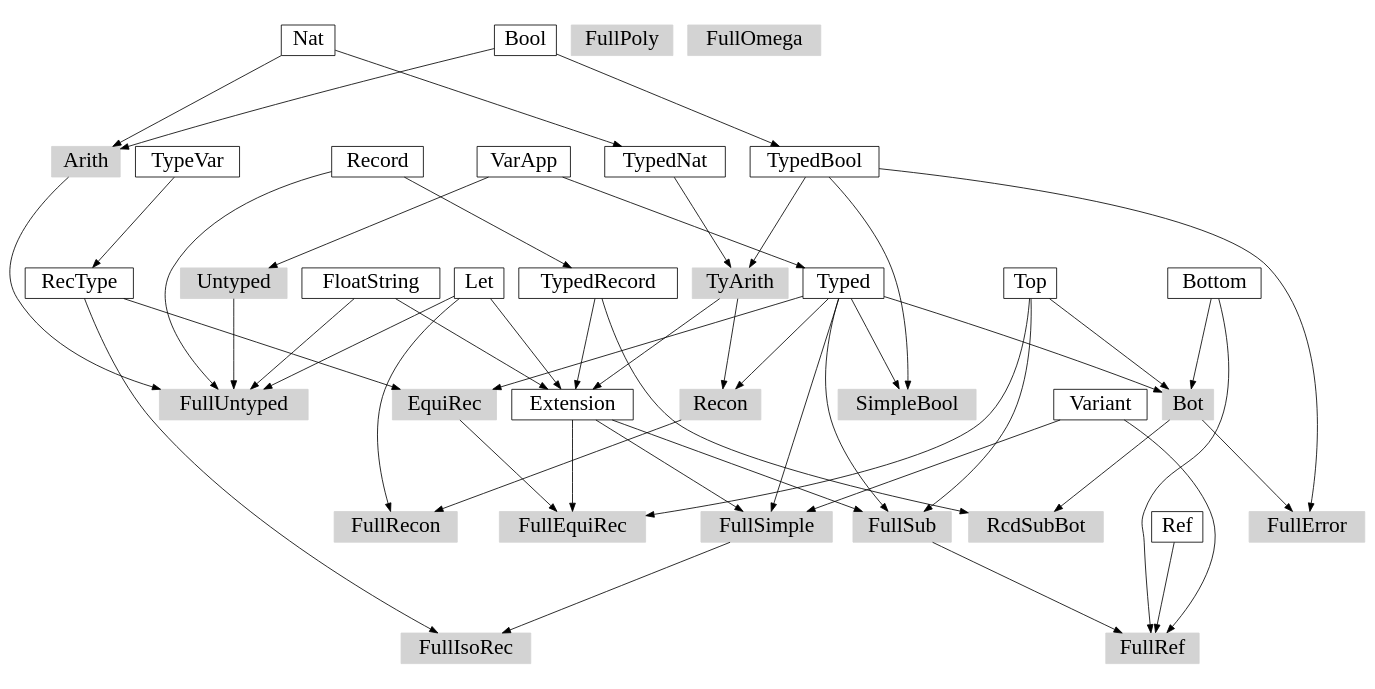
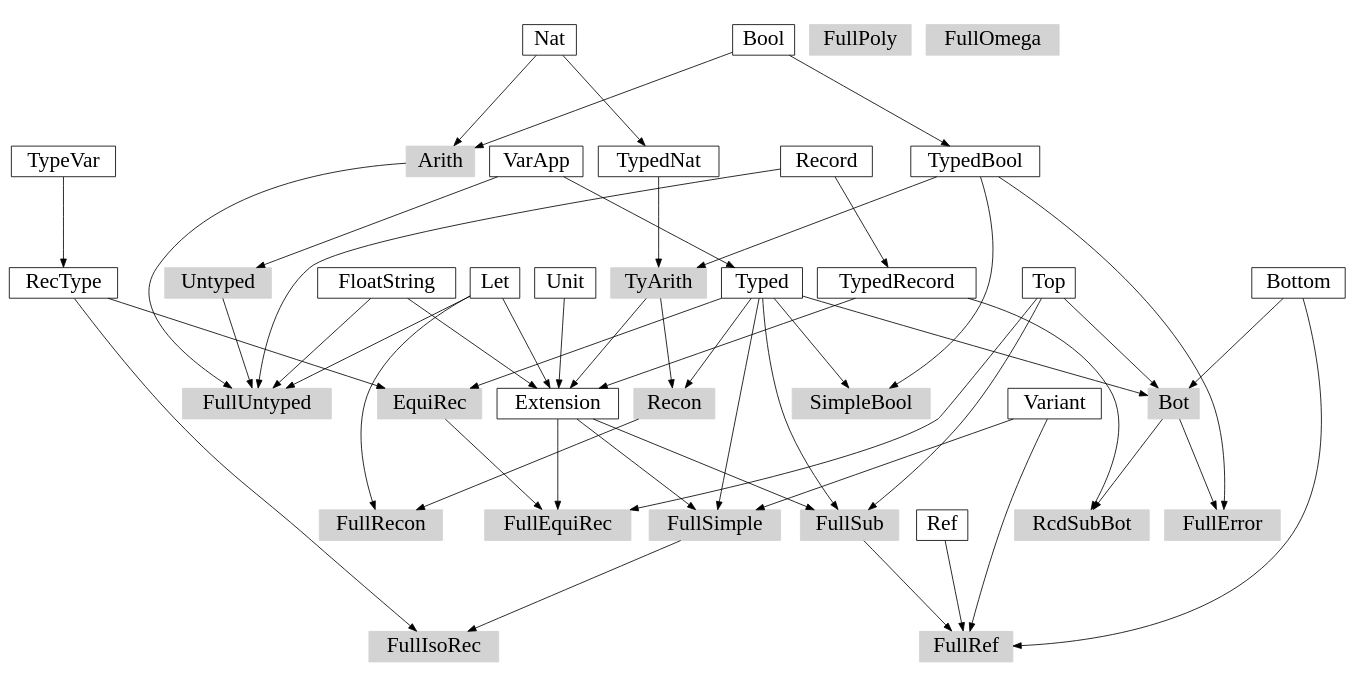
One commit to lihuanglx/tapl-visitor changed the diagram in misc/graph.dot. Above: the diagram before and after it, drawn with Graphviz. The commit also changed 23 other files, not shown here.

```diff
--- a/misc/graph.dot
+++ b/misc/graph.dot
@@ -1,58 +1,59 @@
 digraph G {
     ratio=0.5;
     //splines=polyline;
 
     node[fontsize=26, shape=box];
 
     {
         node[style=filled, color=lightgray];
 
         Arith;
         Untyped;
         FullUntyped;
         TyArith;
         SimpleBool;
         FullSimple;
         Bot;
         FullRef;
         FullError;
         RcdSubBot;
         FullSub;
         FullEquiRec;
         FullIsoRec;
         EquiRec;
         Recon;
         FullRecon;
         FullPoly;
         FullOmega;
     }
 
     // components
     Bool -> TypedBool;
     Nat -> TypedNat;
     Record -> TypedRecord;
     VarApp -> Typed;
     TyArith, FloatString, Let, TypedRecord -> Extension;
     TypeVar -> RecType;
+    Unit -> Extension;
 
     // calculi
     Bool, Nat -> Arith;
     VarApp -> Untyped;
     Arith, Untyped, Record, FloatString, Let -> FullUntyped;
     TypedBool, TypedNat -> TyArith;
     Typed, TypedBool -> SimpleBool;
     Typed, Extension, Variant -> FullSimple;
     Typed, Top, Bottom -> Bot;
 
     FullSub, Variant, Bottom, Ref -> FullRef;
 
     Bot, TypedBool -> FullError;
     Bot, TypedRecord -> RcdSubBot;
     Typed, Extension, Top -> FullSub;
     Typed, RecType -> EquiRec;
     EquiRec, Extension, Top -> FullEquiRec;
     FullSimple, RecType -> FullIsoRec;
     Typed, TyArith -> Recon;
     Recon, Let -> FullRecon;
 
 }
```
